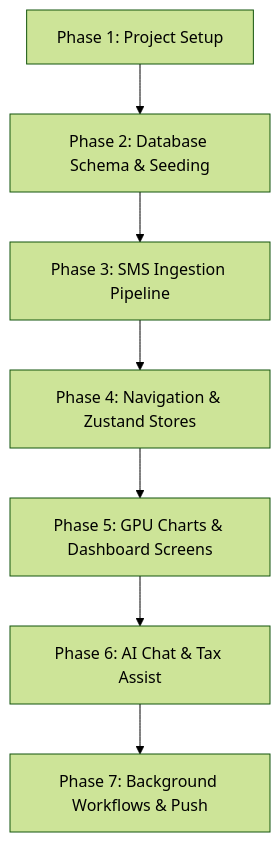
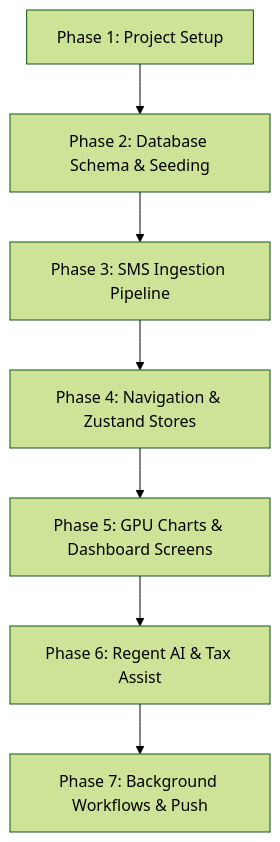
Before and after one commit to roshanavatirak/Regent-Money: the diagram in AGENT_BUILD.md, drawn with Mermaid (forest theme). The commit also changed other lines of this file and 19 other files, not shown here.

````diff
--- a/AGENT_BUILD.md
+++ b/AGENT_BUILD.md
@@ -27,9 +27,9 @@
 ```mermaid
 graph TD
     A[Phase 1: Project Setup] --> B[Phase 2: Database Schema & Seeding]
     B --> C[Phase 3: SMS Ingestion Pipeline]
     C --> D[Phase 4: Navigation & Zustand Stores]
     D --> E[Phase 5: GPU Charts & Dashboard Screens]
-    E --> F[Phase 6: AI Chat & Tax Assist]
+    E --> F[Phase 6: Regent AI & Tax Assist]
     F --> G[Phase 7: Background Workflows & Push]
 ```
````
